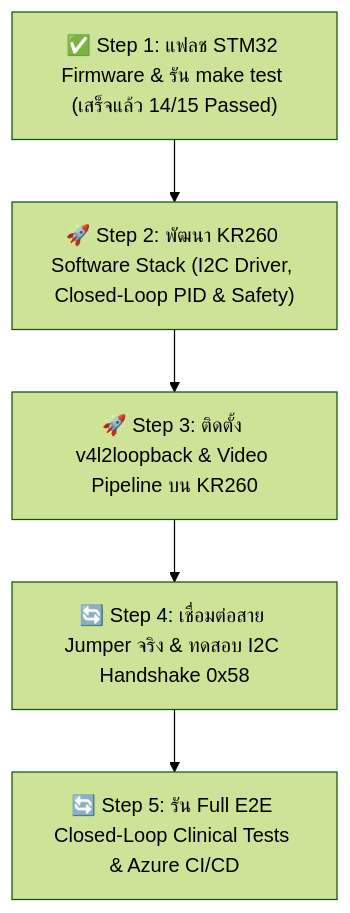
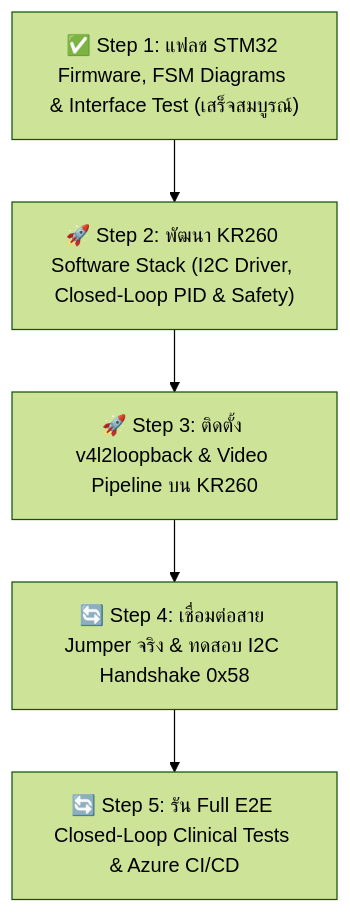
The diagram in PROJECT_PLAN.md (riwrivvriw/kria260-stm32-hil-cicd), drawn with Mermaid (forest theme) before and after one commit. The commit also changed other lines of this file and 3 other files, not shown here.

````diff
--- a/PROJECT_PLAN.md
+++ b/PROJECT_PLAN.md
@@ -112,10 +124,10 @@
 ```mermaid
 flowchart TD
-    T1["✅ Step 1: แฟลช STM32 Firmware & รัน make test (เสร็จแล้ว 14/15 Passed)"]
+    T1["✅ Step 1: แฟลช STM32 Firmware, FSM Diagrams & Interface Test (เสร็จสมบูรณ์)"]
     T2["🚀 Step 2: พัฒนา KR260 Software Stack (I2C Driver, Closed-Loop PID & Safety)"]
     T3["🚀 Step 3: ติดตั้ง v4l2loopback & Video Pipeline บน KR260"]
     T4["🔄 Step 4: เชื่อมต่อสาย Jumper จริง & ทดสอบ I2C Handshake 0x58"]
     T5["🔄 Step 5: รัน Full E2E Closed-Loop Clinical Tests & Azure CI/CD"]
 
     T1 --> T2 --> T3 --> T4 --> T5
 ```
````
